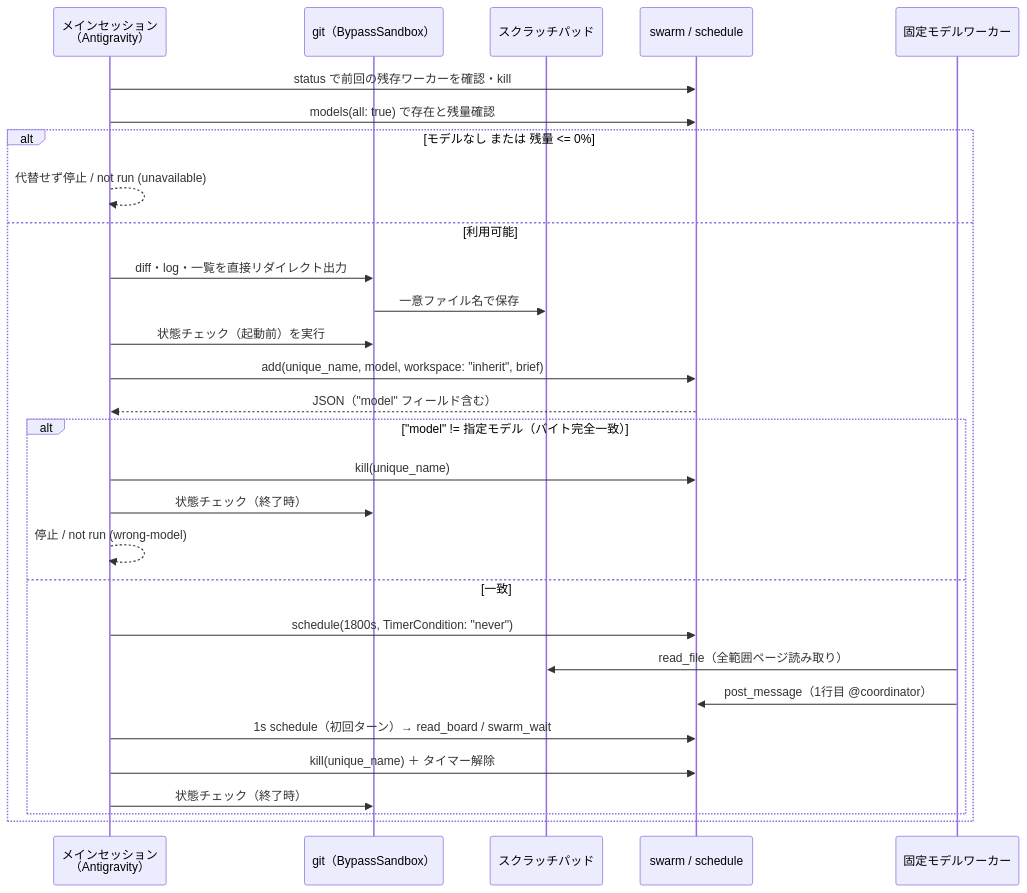
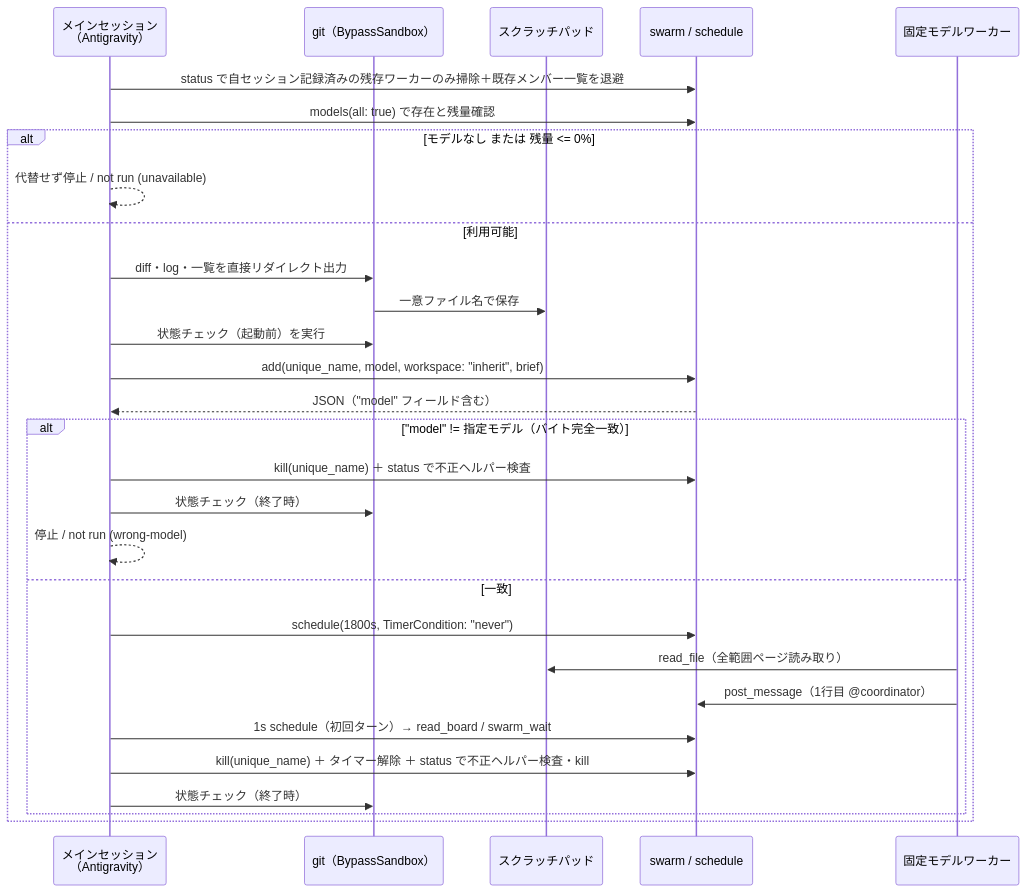
The third of 7 diagrams in docs/tasks/0120_harness_independent_commands/02_architecture.md (isseis/yt2column), drawn with Mermaid before and after one commit. The commit also changed other lines of this file, not shown here.

First line of the commit message:
docs(0120): harden swarm worker boundaries and decision matching

````diff
--- a/docs/tasks/0120_harness_independent_commands/02_architecture.md
+++ b/docs/tasks/0120_harness_independent_commands/02_architecture.md
@@ -238,32 +238,32 @@
 ```mermaid
 sequenceDiagram
     participant Main as メインセッション<br>（Antigravity）
     participant Git as git（BypassSandbox）
     participant Scratch as スクラッチパッド
     participant Swarm as swarm / schedule
     participant Worker as 固定モデルワーカー
 
-    Main->>Swarm: status で前回の残存ワーカーを確認・kill
+    Main->>Swarm: status で自セッション記録済みの残存ワーカーのみ掃除＋既存メンバー一覧を退避
     Main->>Swarm: models(all: true) で存在と残量確認
     alt モデルなし または 残量 <= 0%
         Main-->>Main: 代替せず停止 / not run (unavailable)
     else 利用可能
         Main->>Git: diff・log・一覧を直接リダイレクト出力
         Git->>Scratch: 一意ファイル名で保存
         Main->>Git: 状態チェック（起動前）を実行
         Main->>Swarm: add(unique_name, model, workspace: "inherit", brief)
         Swarm-->>Main: JSON（"model" フィールド含む）
         alt "model" != 指定モデル（バイト完全一致）
-            Main->>Swarm: kill(unique_name)
+            Main->>Swarm: kill(unique_name) ＋ status で不正ヘルパー検査
             Main->>Git: 状態チェック（終了時）
             Main-->>Main: 停止 / not run (wrong-model)
         else 一致
             Main->>Swarm: schedule(1800s, TimerCondition: "never")
             Worker->>Scratch: read_file（全範囲ページ読み取り）
             Worker->>Swarm: post_message（1行目 @coordinator）
             Main->>Swarm: 1s schedule（初回ターン）→ read_board / swarm_wait
-            Main->>Swarm: kill(unique_name) ＋ タイマー解除
+            Main->>Swarm: kill(unique_name) ＋ タイマー解除 ＋ status で不正ヘルパー検査・kill
             Main->>Git: 状態チェック（終了時）
         end
     end
 ```
````
